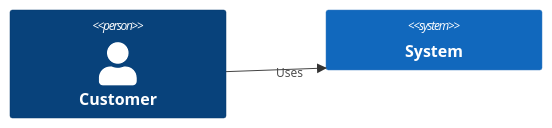
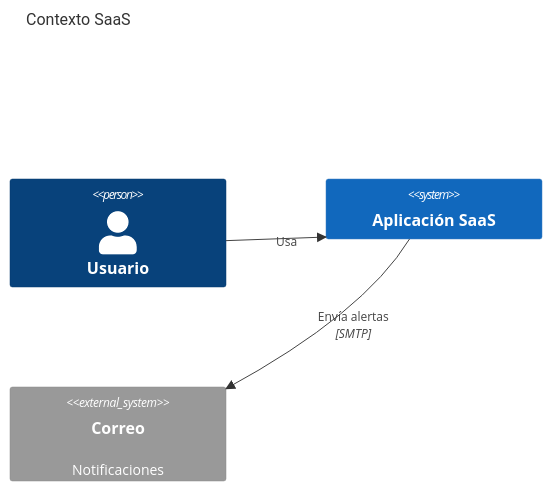
The second of 10 diagrams in knowledge/c4-context.md (sc4rfacex/straight), drawn with Mermaid before and after one commit. The commit also changed other lines of this file and 2 other files, not shown here.

Commit message:
Expandir guías de diagramas críticos

````diff
--- a/knowledge/c4-context.md
+++ b/knowledge/c4-context.md
@@ -16,6 +25,9 @@
 ```mermaid
 C4Context
-    Person(customer, "Customer")
-    System(system, "System")
-    Rel(customer, system, "Uses")
+    title Contexto SaaS
+    Person(user, "Usuario")
+    System(app, "Aplicación SaaS")
+    System_Ext(email, "Correo", "Notificaciones")
+    Rel(user, app, "Usa")
+    Rel(app, email, "Envía alertas", "SMTP")
 ```
````
